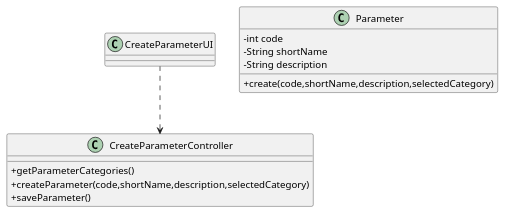
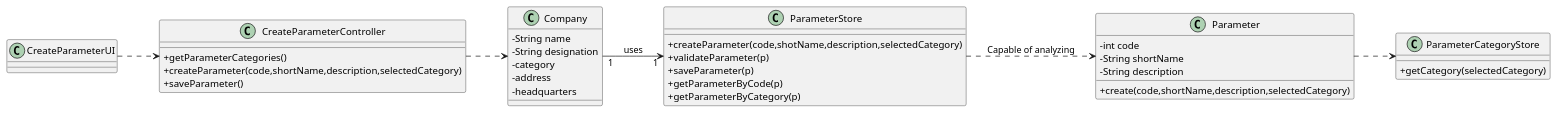
Before and after one commit to manu-07-ela/LAPR2_ISEP: the diagram in docs/SprintB/US10/US10_CD.puml, drawn with PlantUML. The commit also changed 1 other file, not shown here.

```diff
--- a/docs/SprintB/US10/US10_CD.puml
+++ b/docs/SprintB/US10/US10_CD.puml
@@ -1,23 +1,49 @@
 @startuml
+left to right direction
 skinparam classAttributeIconSize 0
+
+class Company{
+-String name
+-String designation
+-category
+-address
+-headquarters
+}
+
 
 class CreateParameterUI{
 }
 
 class CreateParameterController{
 +getParameterCategories()
 +createParameter(code,shortName,description,selectedCategory)
 +saveParameter()
 }
 
 class Parameter{
 - int code
 - String shortName
 - String description
 + create(code,shortName,description,selectedCategory)
 
 }
 
+class ParameterStore {
++createParameter(code,shotName,description,selectedCategory)
++validateParameter(p)
++saveParameter(p)
++getParameterByCode(p)
++getParameterByCategory(p)
+}
+
+class ParameterCategoryStore {
++getCategory(selectedCategory)
+}
+
 CreateParameterUI ..> CreateParameterController
+CreateParameterController ..> Company
+ParameterStore ..> Parameter : Capable of analyzing
+Parameter ..> ParameterCategoryStore
+Company "1" --> "1" ParameterStore : uses
 
 @enduml
```
